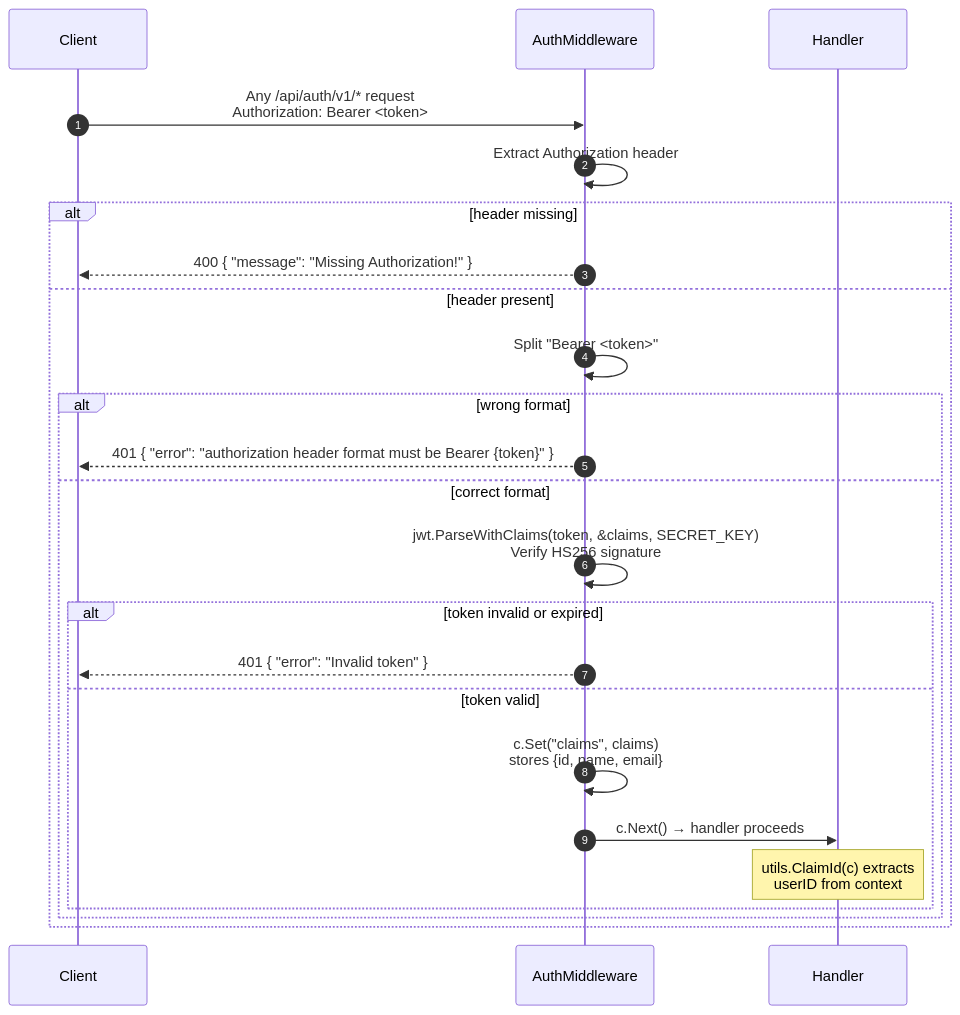
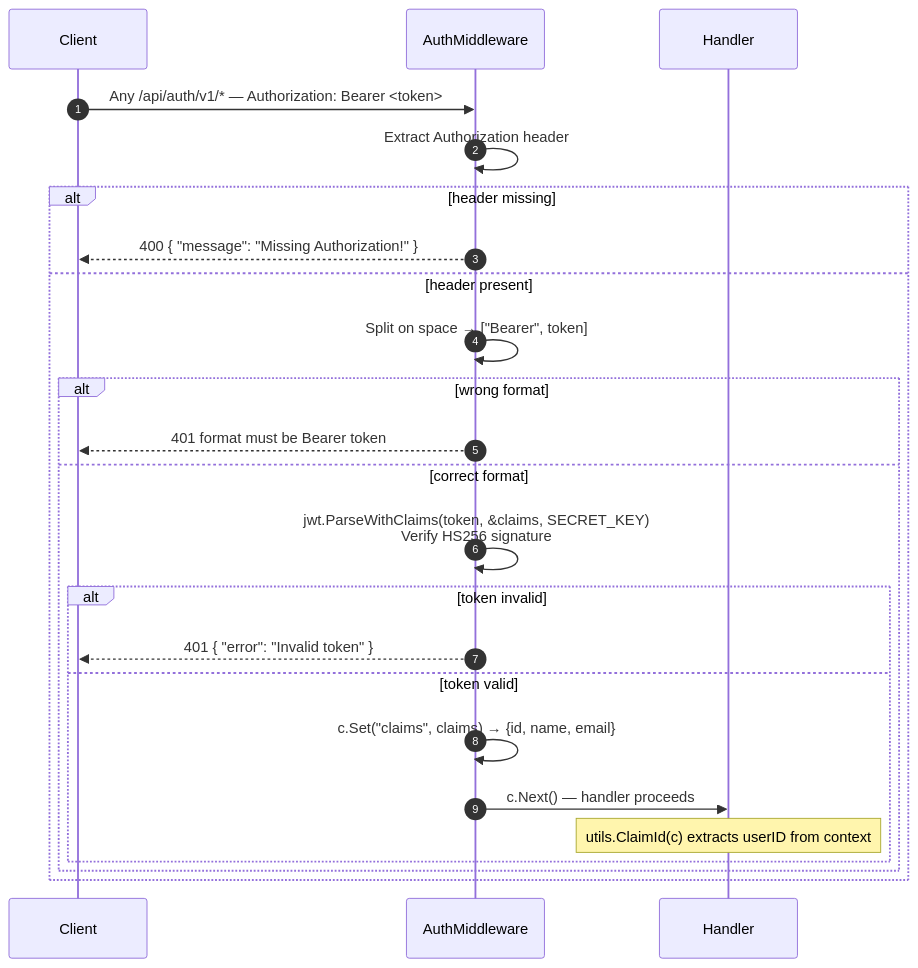
Before and after one commit to lewimb/financial-planning-golang: the third of 14 diagrams in docs/sequence-diagram.md, drawn with Mermaid. The commit also changed other lines of this file and 30 other files, not shown here.

Commit message:
docs: add documentation, OpenAPI specs, flowcharts, seeder tooling, and frontend guide

````diff
--- a/docs/sequence-diagram.md
+++ b/docs/sequence-diagram.md
@@ -76,27 +77,27 @@
 ```mermaid
 sequenceDiagram
     autonumber
     participant C as Client
     participant MW as AuthMiddleware
     participant H as Handler
 
-    C->>MW: Any /api/auth/v1/* request<br/>Authorization: Bearer <token>
+    C->>MW: Any /api/auth/v1/* — Authorization: Bearer <token>
     MW->>MW: Extract Authorization header
     alt header missing
         MW-->>C: 400 { "message": "Missing Authorization!" }
     else header present
-        MW->>MW: Split "Bearer <token>"
+        MW->>MW: Split on space → ["Bearer", token]
         alt wrong format
-            MW-->>C: 401 { "error": "authorization header format must be Bearer {token}" }
+            MW-->>C: 401 format must be Bearer token
         else correct format
             MW->>MW: jwt.ParseWithClaims(token, &claims, SECRET_KEY)<br/>Verify HS256 signature
-            alt token invalid or expired
+            alt token invalid
                 MW-->>C: 401 { "error": "Invalid token" }
             else token valid
-                MW->>MW: c.Set("claims", claims)<br/>stores {id, name, email}
-                MW->>H: c.Next() → handler proceeds
-                Note over H: utils.ClaimId(c) extracts<br/>userID from context
+                MW->>MW: c.Set("claims", claims) → {id, name, email}
+                MW->>H: c.Next() — handler proceeds
+                Note over H: utils.ClaimId(c) extracts userID from context
             end
         end
     end
 ```
````
